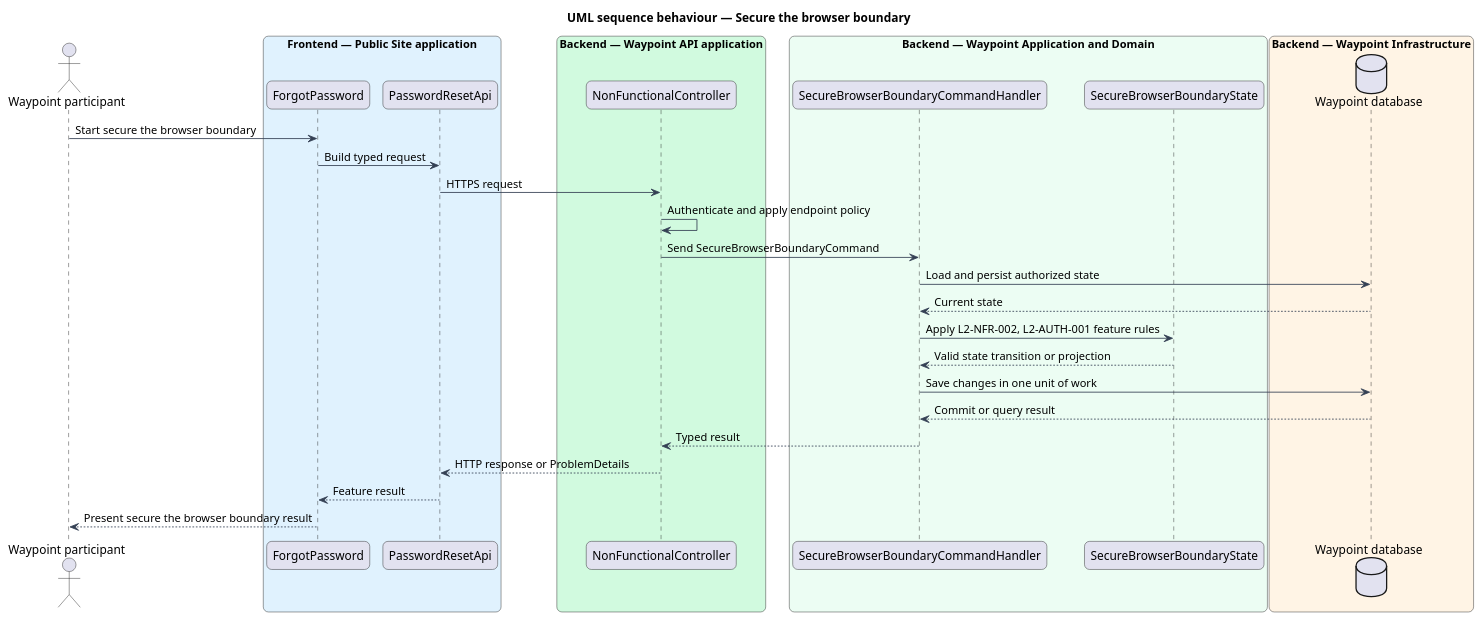
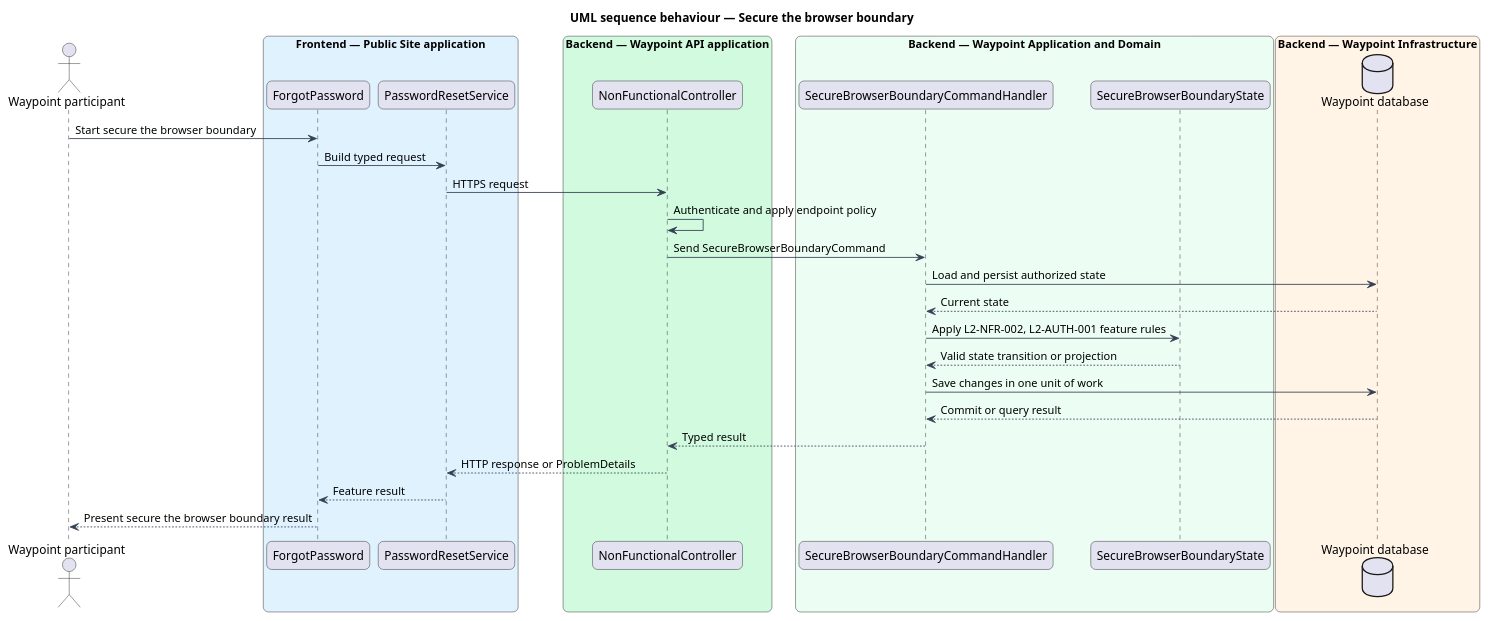
One commit to QuinntyneBrown/waypoint changed the diagram in docs/detailed-designs/non-functional/secure-browser-boundary/diagrams/sequence-behaviour.puml. Above: the diagram before and after it, drawn with PlantUML. The commit also changed 679 other files, not shown here.

First line of the commit message:
Rename frontend API services from *Api to *Service

```diff
--- a/docs/detailed-designs/non-functional/secure-browser-boundary/diagrams/sequence-behaviour.puml
+++ b/docs/detailed-designs/non-functional/secure-browser-boundary/diagrams/sequence-behaviour.puml
@@ -1,48 +1,48 @@
 @startuml
 
 title UML sequence behaviour — Secure the browser boundary
 skinparam backgroundColor #FFFFFF
 skinparam shadowing false
 skinparam roundcorner 12
 skinparam defaultFontName Arial
 skinparam ArrowColor #344054
 skinparam rectangle {
   BorderColor #344054
   FontColor #101828
 }
 skinparam package {
   BorderColor #667085
   FontColor #101828
   BackgroundColor #F9FAFB
 }
 actor "Waypoint participant" as actor
 box "Frontend — Public Site application" #E0F2FE
   participant "ForgotPassword" as page
-  participant "PasswordResetApi" as client
+  participant "PasswordResetService" as client
 end box
 box "Backend — Waypoint API application" #D1FADF
   participant "NonFunctionalController" as controller
 end box
 box "Backend — Waypoint Application and Domain" #ECFDF3
   participant "SecureBrowserBoundaryCommandHandler" as handler
   participant "SecureBrowserBoundaryState" as entity
 end box
 box "Backend — Waypoint Infrastructure" #FFF4E5
   database "Waypoint database" as db
 end box
 actor -> page : Start secure the browser boundary
 page -> client : Build typed request
 client -> controller : HTTPS request
 controller -> controller : Authenticate and apply endpoint policy
 controller -> handler : Send SecureBrowserBoundaryCommand
 handler -> db : Load and persist authorized state
 db --> handler : Current state
 handler -> entity : Apply L2-NFR-002, L2-AUTH-001 feature rules
 entity --> handler : Valid state transition or projection
 handler -> db : Save changes in one unit of work
 db --> handler : Commit or query result
 handler --> controller : Typed result
 controller --> client : HTTP response or ProblemDetails
 client --> page : Feature result
 page --> actor : Present secure the browser boundary result
 @enduml
```
